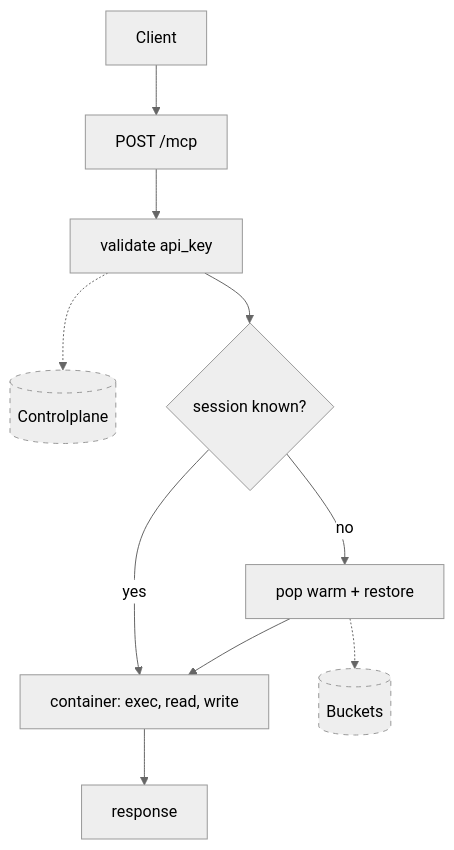
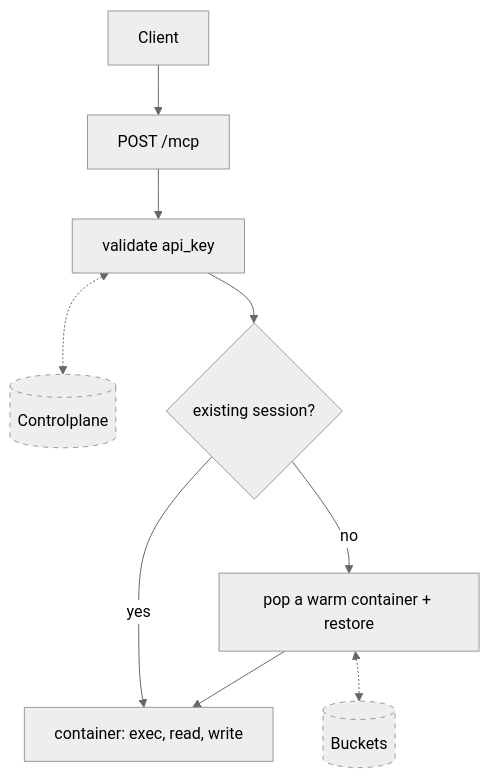
Before and after one commit to tinfoilsh/confidential-code-execution: the first of 3 diagrams in README.md, drawn with Mermaid (neutral theme).

Commit message:
better tool call

````diff
--- a/README.md
+++ b/README.md
@@ -16,15 +16,14 @@
 ```mermaid
 flowchart TD
     C[Client] --> M[POST /mcp]
     M --> A[validate api_key]
-    A -.-> CP[(Controlplane)]
-    A --> G{session known?}
+    A <-.-> CP[(Controlplane)]
+    A --> G{existing session?}
     G -->|yes| E[container: exec, read, write]
-    G -->|no| P[pop warm + restore]
-    P -.-> B[(Buckets)]
+    G -->|no| P[pop a warm container + restore]
+    P <-.-> B[(Buckets)]
     P --> E
-    E --> R[response]
 
     classDef ext stroke-dasharray:5 5
     class CP,B ext
 ```
````
